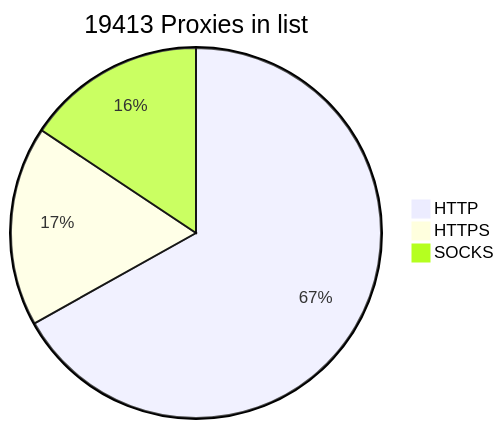
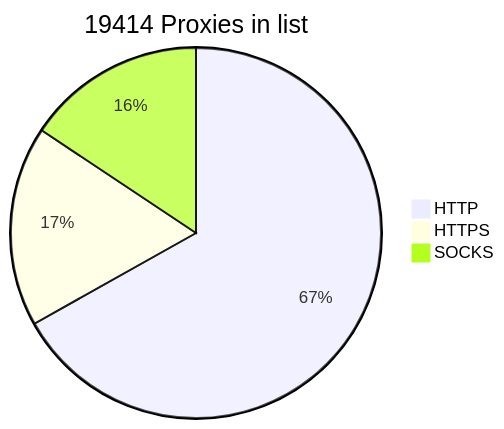
The diagram in README.md (BlackSnowDot/proxylist-update-every-minute), drawn with Mermaid before and after one commit.

````diff
--- a/README.md
+++ b/README.md
@@ -2,6 +2,6 @@
 ```mermaid
-pie title 19413 Proxies in list
-    "HTTP" : 14375
-    "HTTPS": 3753
+pie title 19414 Proxies in list
+    "HTTP" : 14371
+    "HTTPS": 3758
     "SOCKS" : 3364
 ```
````
